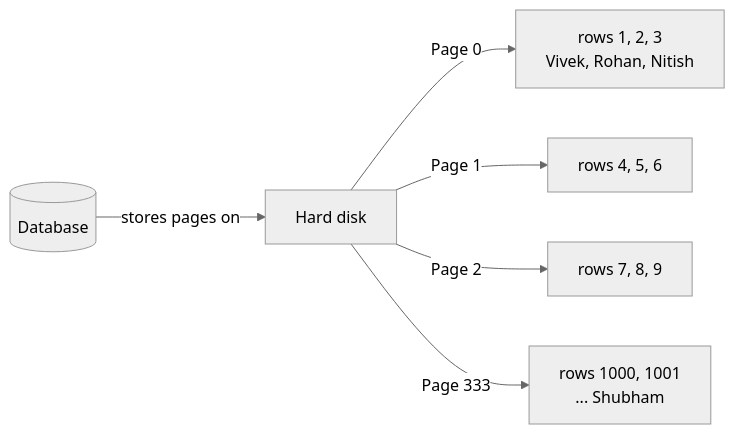
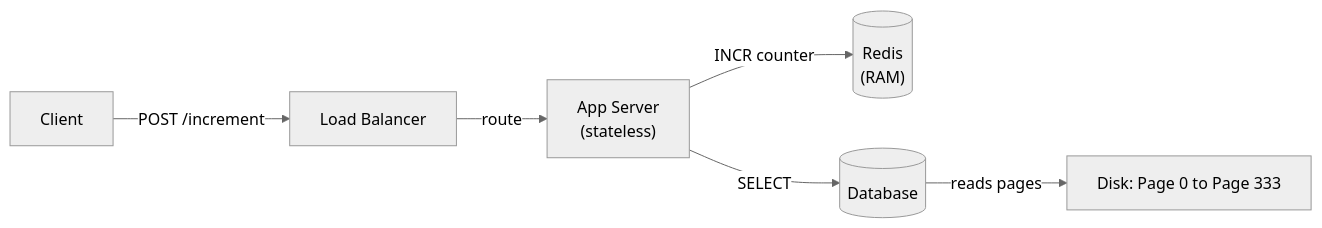
One commit to aaryan-pradhan/core-cs-fundamentals changed the diagram in hld/07-storing-data-and-redis.md. Above: the diagram before and after it, drawn with Mermaid (neutral theme). The commit also changed other lines of this file, not shown here.

````diff
--- a/hld/07-storing-data-and-redis.md
+++ b/hld/07-storing-data-and-redis.md
@@ -46,8 +28,8 @@
 ```mermaid
 flowchart LR
-    DB[("Database")] -->|"stores pages on"| HD["Hard disk"]
-    HD -->|"Page 0"| P0["rows 1, 2, 3<br/>Vivek, Rohan, Nitish"]
-    HD -->|"Page 1"| P1["rows 4, 5, 6"]
-    HD -->|"Page 2"| P2["rows 7, 8, 9"]
-    HD -->|"Page 333"| P3["rows 1000, 1001<br/>... Shubham"]
+    C["Client"] -->|"POST /increment"| LB["Load Balancer"]
+    LB -->|"route"| A["App Server<br/>(stateless)"]
+    A -->|"INCR counter"| R[("Redis<br/>(RAM)")]
+    A -->|"SELECT"| D[("Database")]
+    D -->|"reads pages"| H["Disk: Page 0 to Page 333"]
 ```
````
